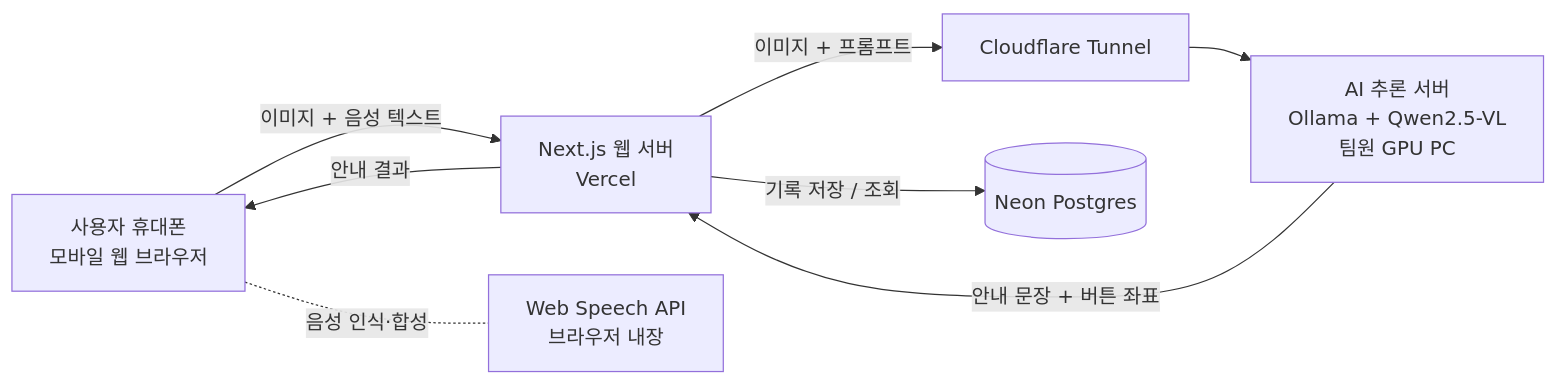
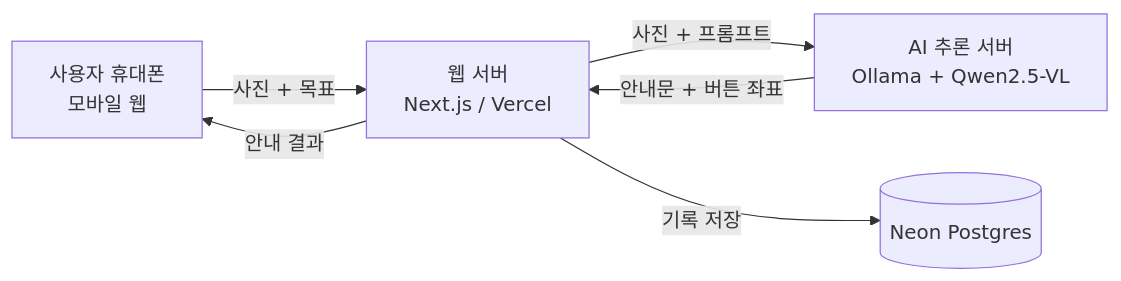
Before and after one commit to TeamProjectAIServiceDevelop/team-project: the diagram in 자료/팀플기획서-초안.md, drawn with Mermaid. The commit also changed other lines of this file, not shown here.

````diff
--- a/자료/팀플기획서-초안.md
+++ b/자료/팀플기획서-초안.md
@@ -162,10 +131,8 @@
 ```mermaid
 flowchart LR
-    U[사용자 휴대폰<br/>모바일 웹 브라우저] -- 이미지 + 음성 텍스트 --> W[Next.js 웹 서버<br/>Vercel]
-    W -- 이미지 + 프롬프트 --> T[Cloudflare Tunnel]
-    T --> M[AI 추론 서버<br/>Ollama + Qwen2.5-VL<br/>팀원 GPU PC]
-    M -- 안내 문장 + 버튼 좌표 --> W
-    W -- 기록 저장 / 조회 --> D[(Neon Postgres)]
+    U[사용자 휴대폰<br/>모바일 웹] -- 사진 + 목표 --> W[웹 서버<br/>Next.js / Vercel]
+    W -- 사진 + 프롬프트 --> M[AI 추론 서버<br/>Ollama + Qwen2.5-VL]
+    M -- 안내문 + 버튼 좌표 --> W
+    W -- 기록 저장 --> D[(Neon Postgres)]
     W -- 안내 결과 --> U
-    U -. 음성 인식·합성 .- S[Web Speech API<br/>브라우저 내장]
 ```
````
